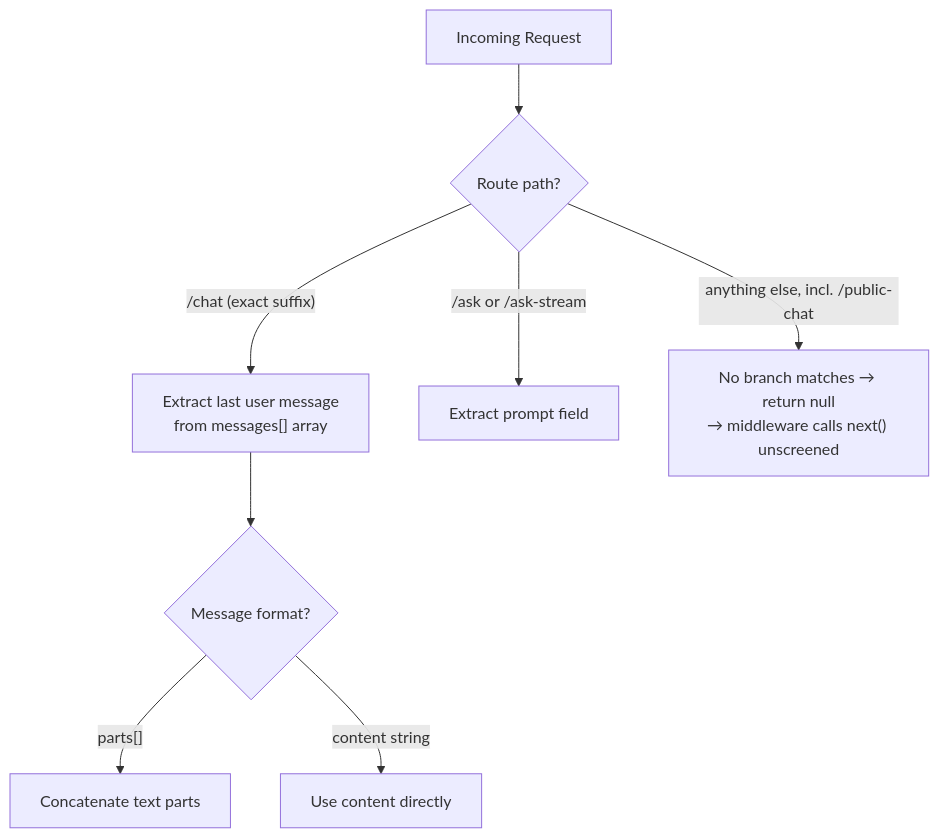
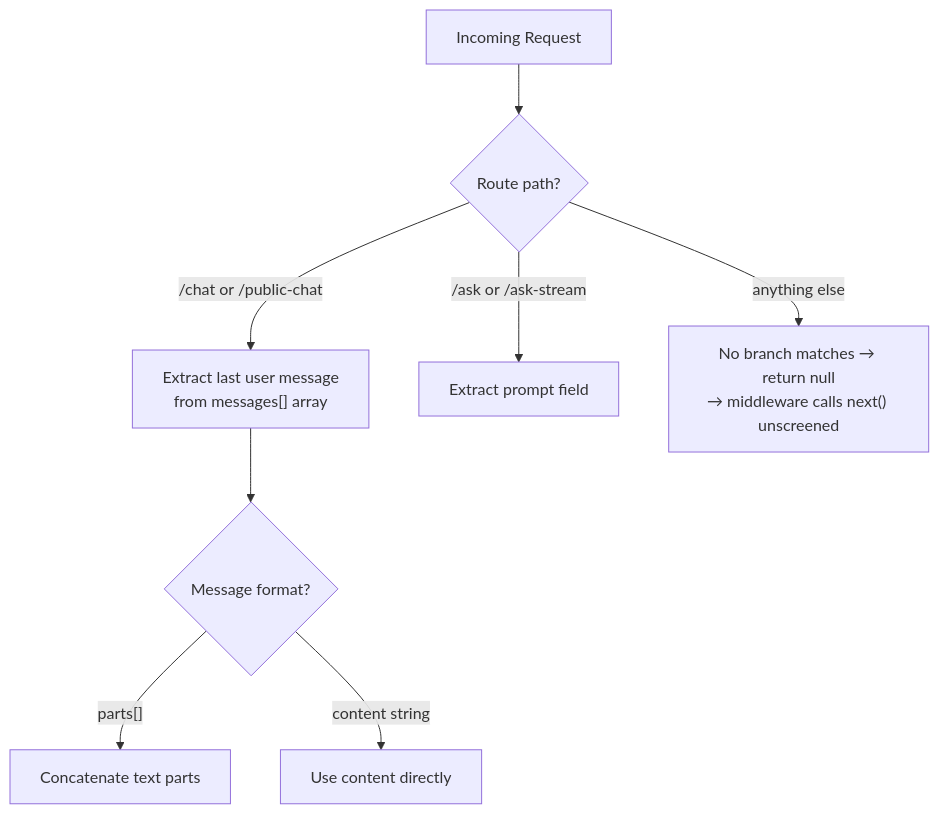
One commit to PaulBratslavsky/strapi-plugin-ai-chat changed the third of 6 diagrams in docs/guardrails.md. Above: the diagram before and after it, drawn with Mermaid. The commit also changed other lines of this file and 2 other files, not shown here.

First line of the commit message:
docs: correct guardrails docs now that /public-chat is screened

````diff
--- a/docs/guardrails.md
+++ b/docs/guardrails.md
@@ -210,11 +207,11 @@
 ```mermaid
 graph TB
     Request["Incoming Request"] --> PathCheck{"Route path?"}
-    PathCheck -->|"/chat (exact suffix)"| ChatExtract["Extract last user message<br/>from messages[] array"]
+    PathCheck -->|"/chat or /public-chat"| ChatExtract["Extract last user message<br/>from messages[] array"]
     PathCheck -->|"/ask or /ask-stream"| AskExtract["Extract prompt field"]
-    PathCheck -->|"anything else, incl. /public-chat"| NoMatch["No branch matches → return null<br/>→ middleware calls next() unscreened"]
+    PathCheck -->|"anything else"| NoMatch["No branch matches → return null<br/>→ middleware calls next() unscreened"]
 
     ChatExtract --> UIFormat{"Message format?"}
     UIFormat -->|"parts[]"| Parts["Concatenate text parts"]
     UIFormat -->|"content string"| Content["Use content directly"]
 ```
````
